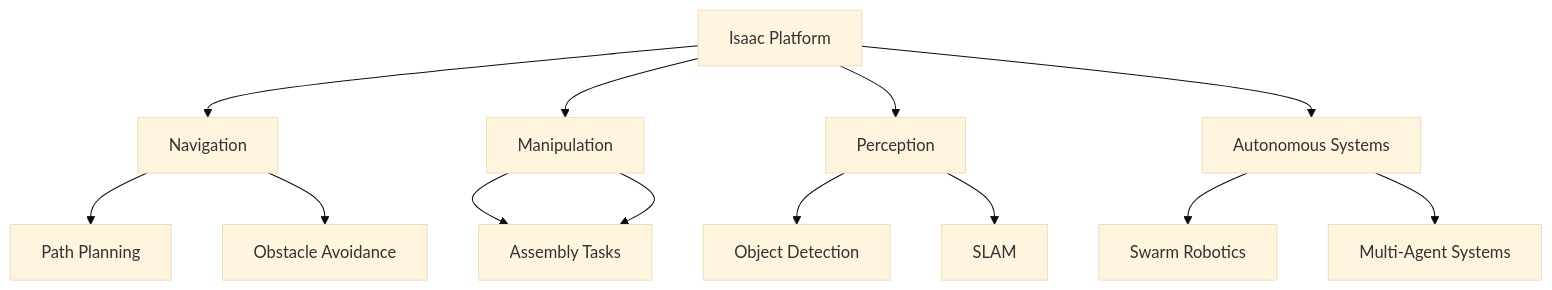
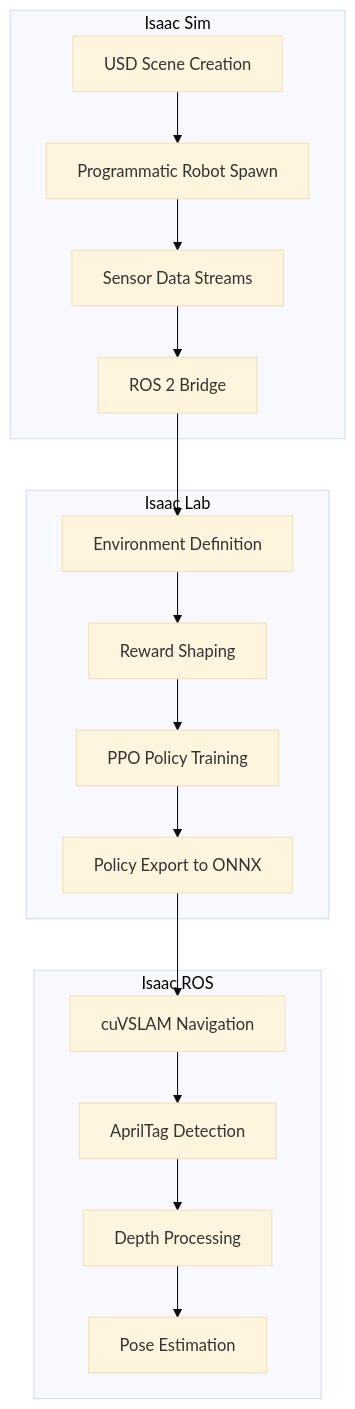
Before and after one commit to SheebaZaim/Physical-AI-and-Humanoid-Robtoics: the first of 4 diagrams in project/frontend/docs/isaac/examples.md, drawn with Mermaid (base theme). The commit also changed other lines of this file and 15 other files, not shown here.

Commit message:
Enrich book content: comprehensive chapters with code, diagrams, images

````diff
--- a/project/frontend/docs/isaac/examples.md
+++ b/project/frontend/docs/isaac/examples.md
@@ -12,15 +12,23 @@
   ```mermaid
   graph TB
-      A[Isaac Platform] --> B[Navigation]
-      A --> C[Manipulation]
-      A --> D[Perception]
-      A --> E[Autonomous Systems]
-      B --> B1[Path Planning]
-      B --> B2[Obstacle Avoidance]
-      C --> C1[Pick & Place]
-      C --> C1[Assembly Tasks]
-      D --> D1[Object Detection]
-      D --> D2[SLAM]
-      E --> E1[Swarm Robotics]
-      E --> E2[Multi-Agent Systems]
+      subgraph "Isaac Sim"
+          A1[USD Scene Creation] --> A2[Programmatic Robot Spawn]
+          A2 --> A3[Sensor Data Streams]
+          A3 --> A4[ROS 2 Bridge]
+      end
+
+      subgraph "Isaac Lab"
+          B1[Environment Definition] --> B2[Reward Shaping]
+          B2 --> B3[PPO Policy Training]
+          B3 --> B4[Policy Export to ONNX]
+      end
+
+      subgraph "Isaac ROS"
+          C1[cuVSLAM Navigation] --> C2[AprilTag Detection]
+          C2 --> C3[Depth Processing]
+          C3 --> C4[Pose Estimation]
+      end
+
+      A4 --> B1
+      B4 --> C1
   ```
````
